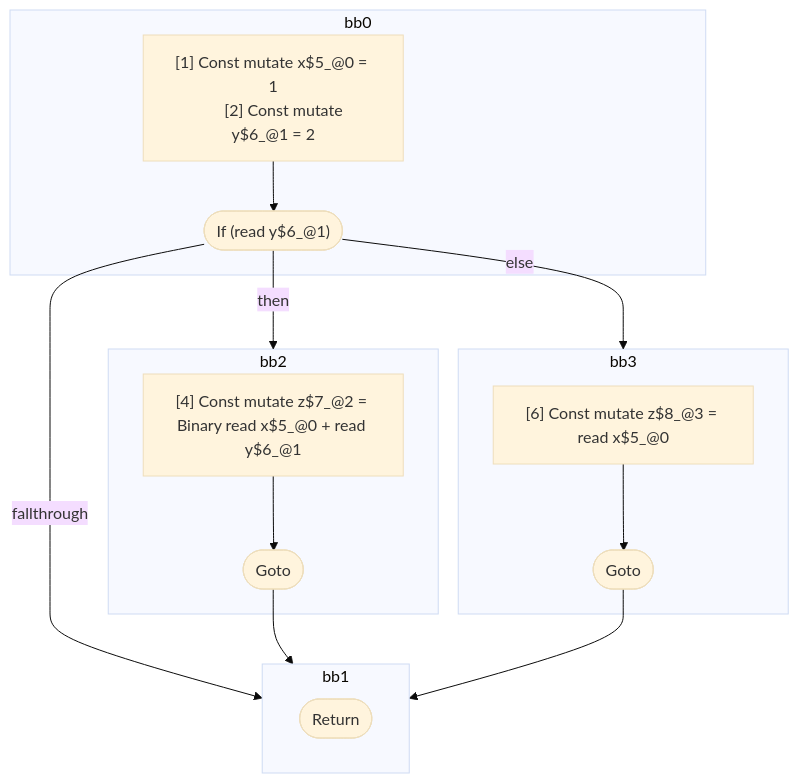
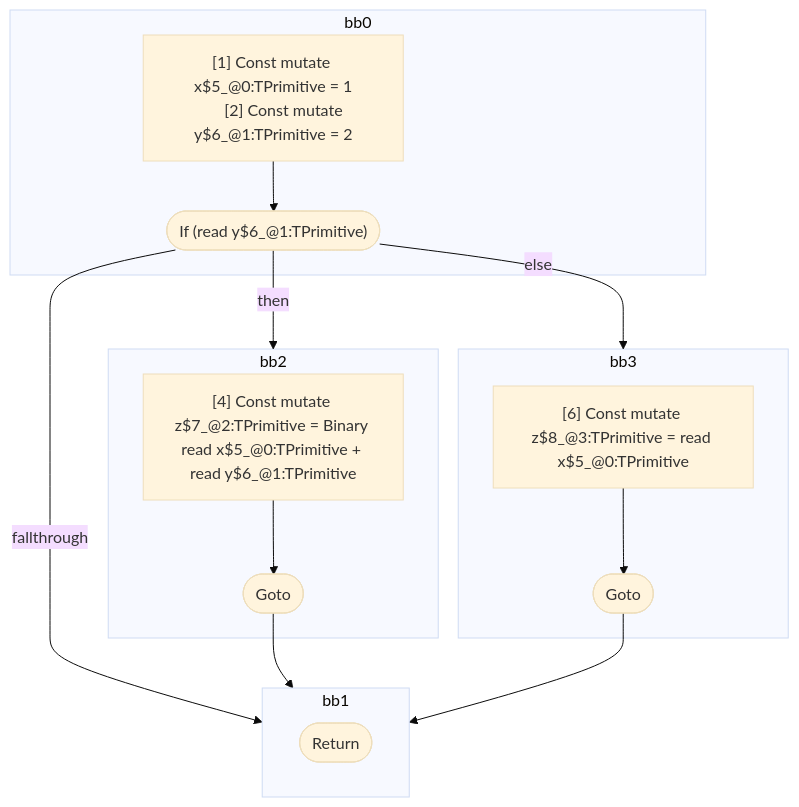
Before and after one commit to wutsmog/private: the diagram in compiler/forget/src/__tests__/fixtures/hir/ssa-if-else.expect.md, drawn with Mermaid (base theme). The commit also changed other lines of this file and 112 other files, not shown here.

````diff
--- a/compiler/forget/src/__tests__/fixtures/hir/ssa-if-else.expect.md
+++ b/compiler/forget/src/__tests__/fixtures/hir/ssa-if-else.expect.md
@@ -62,34 +62,34 @@
 ```mermaid
 flowchart TB
   %% Basic Blocks
   subgraph bb0
     bb0_instrs["
-      [1] Const mutate x$5_@0 = 1
-      [2] Const mutate y$6_@1 = 2
+      [1] Const mutate x$5_@0:TPrimitive = 1
+      [2] Const mutate y$6_@1:TPrimitive = 2
     "]
-    bb0_instrs --> bb0_terminal(["If (read y$6_@1)"])
+    bb0_instrs --> bb0_terminal(["If (read y$6_@1:TPrimitive)"])
   end
   subgraph bb2
     bb2_instrs["
-      [4] Const mutate z$7_@2 = Binary read x$5_@0 + read y$6_@1
+      [4] Const mutate z$7_@2:TPrimitive = Binary read x$5_@0:TPrimitive + read y$6_@1:TPrimitive
     "]
     bb2_instrs --> bb2_terminal(["Goto"])
   end
   subgraph bb3
     bb3_instrs["
-      [6] Const mutate z$8_@3 = read x$5_@0
+      [6] Const mutate z$8_@3:TPrimitive = read x$5_@0:TPrimitive
     "]
     bb3_instrs --> bb3_terminal(["Goto"])
   end
   subgraph bb1
     bb1_terminal(["Return"])
   end
 
   %% Jumps
   bb0_terminal -- "then" --> bb2
   bb0_terminal -- "else" --> bb3
   bb0_terminal -- "fallthrough" --> bb1
   bb2_terminal --> bb1
   bb3_terminal --> bb1
 
 ```
````
